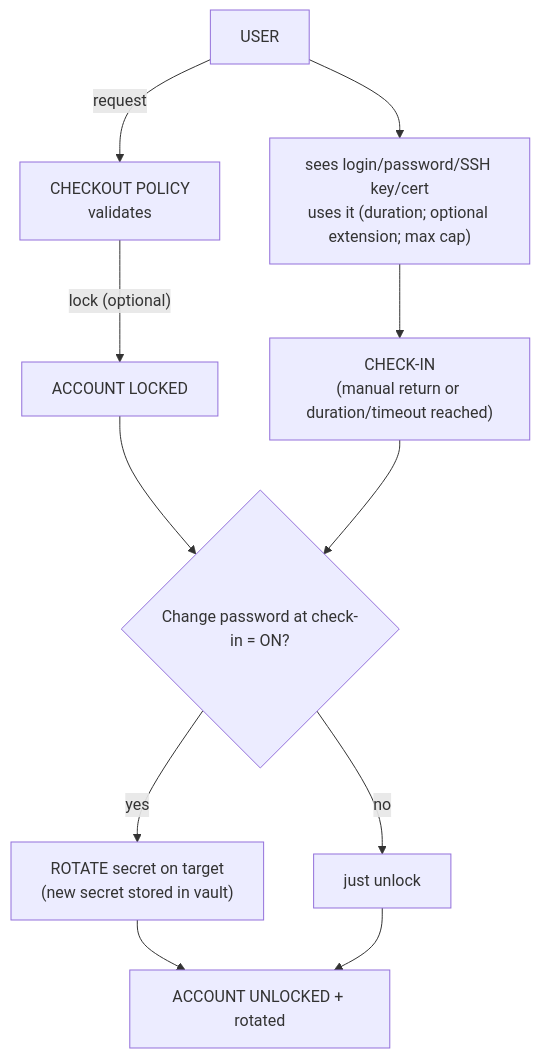
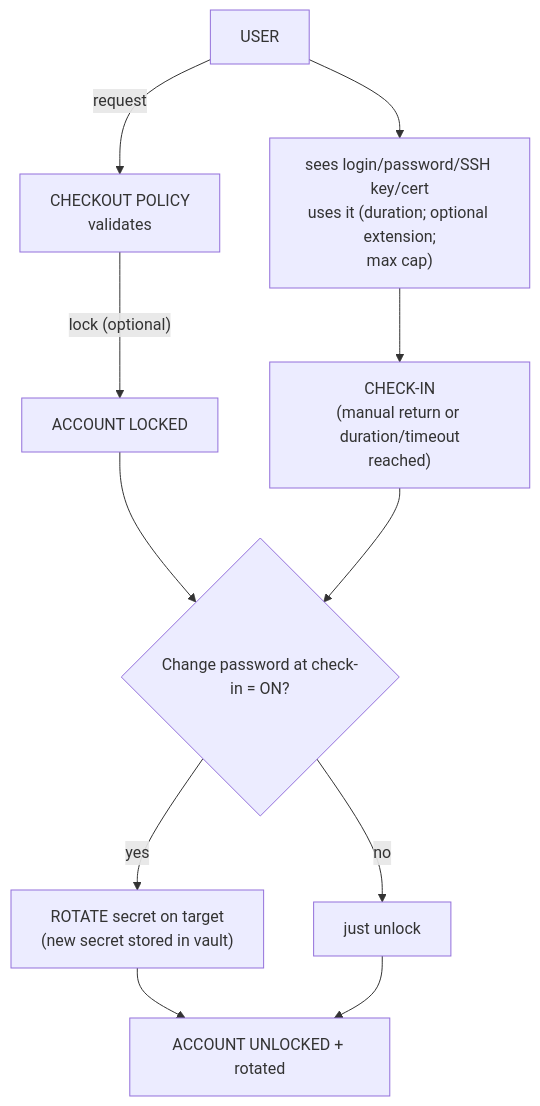
One commit to morandeirachema/WallixCerts changed the first of 4 diagrams in deep-dives/secrets-and-password-management.md. Above: the diagram before and after it, drawn with Mermaid. The commit also changed other lines of this file and 37 other files, not shown here.

First line of the commit message:
Make Mermaid node boxes fit their text (wrap long labels) + enforce it

````diff
--- a/deep-dives/secrets-and-password-management.md
+++ b/deep-dives/secrets-and-password-management.md
@@ -54,13 +54,13 @@
 ```mermaid
 flowchart TD
     User["USER"] -->|"request"| Policy["CHECKOUT POLICY<br/>validates"]
     Policy -->|"lock (optional)"| Locked["ACCOUNT LOCKED"]
-    User --> Use["sees login/password/SSH key/cert<br/>uses it (duration; optional extension; max cap)"]
-    Use --> CheckIn["CHECK-IN<br/>(manual return or duration/timeout reached)"]
+    User --> Use["sees login/password/SSH key/cert<br/>uses it (duration; optional extension;<br/>max cap)"]
+    Use --> CheckIn["CHECK-IN<br/>(manual return or duration/timeout<br/>reached)"]
     Locked --> Decide
     CheckIn --> Decide{"Change password at check-in = ON?"}
     Decide -->|"yes"| Rotate["ROTATE secret on target<br/>(new secret stored in vault)"]
     Decide -->|"no"| Unlock["just unlock"]
     Rotate --> Result["ACCOUNT UNLOCKED + rotated"]
     Unlock --> Result
 ```
````
